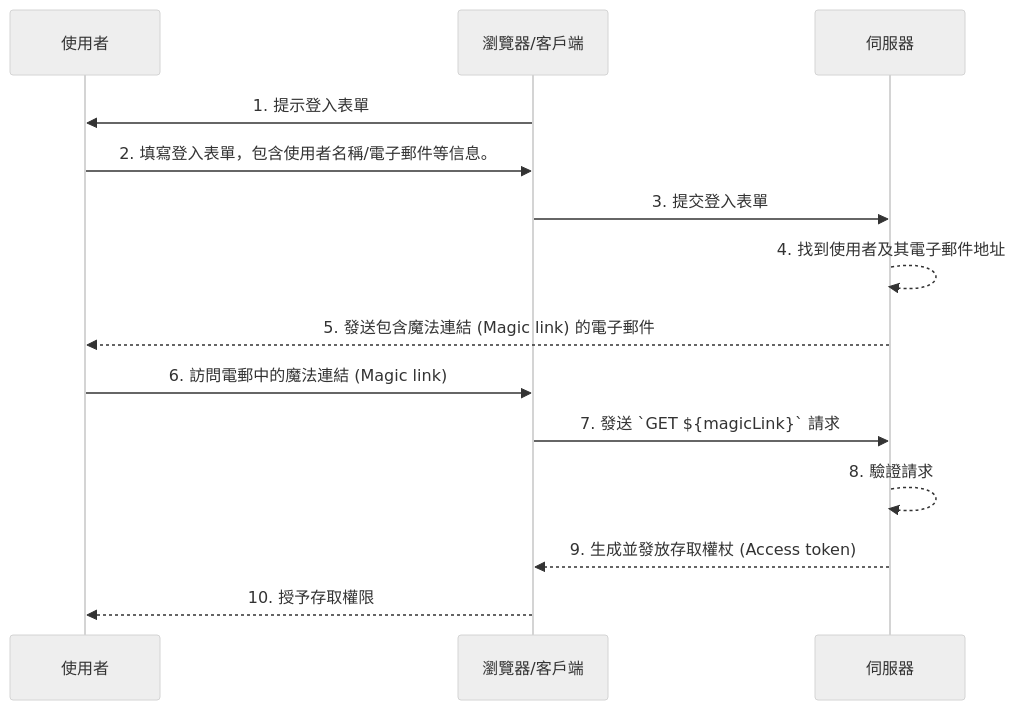
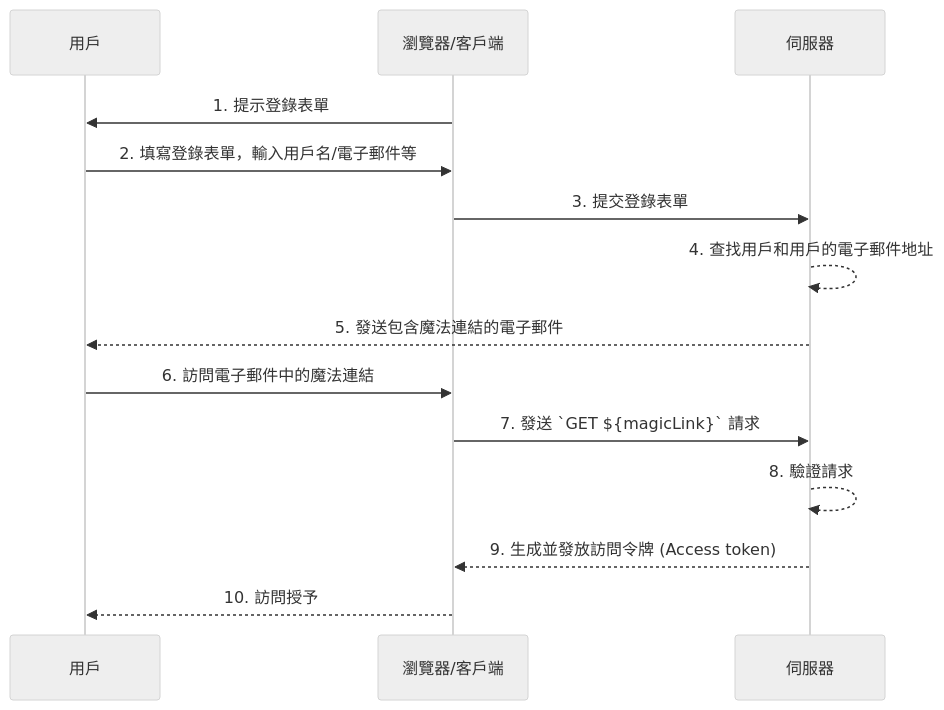
Before and after one commit to logto-io/auth-wiki: the diagram in src/content/terms/zh-Hant/magic-link.mdx, drawn with Mermaid (neutral theme). The commit also changed other lines of this file and 98 other files, not shown here.

````diff
--- a/src/content/terms/zh-Hant/magic-link.mdx
+++ b/src/content/terms/zh-Hant/magic-link.mdx
@@ -31,16 +31,16 @@
 ```mermaid
 sequenceDiagram
-    participant U as 使用者
+    participant U as 用戶
     participant B as 瀏覽器/客戶端
     participant S as 伺服器
-    B->>U: 1. 提示登入表單
-    U->>B: 2. 填寫登入表單，包含使用者名稱/電子郵件等信息。
-    B->>S: 3. 提交登入表單
-    S-->>S: 4. 找到使用者及其電子郵件地址
-    S-->>U: 5. 發送包含魔法連結 (Magic link) 的電子郵件
-    U->>B: 6. 訪問電郵中的魔法連結 (Magic link)
+    B->>U: 1. 提示登錄表單
+    U->>B: 2. 填寫登錄表單，輸入用戶名/電子郵件等
+    B->>S: 3. 提交登錄表單
+    S-->>S: 4. 查找用戶和用戶的電子郵件地址
+    S-->>U: 5. 發送包含魔法連結的電子郵件
+    U->>B: 6. 訪問電子郵件中的魔法連結
     B->>S: 7. 發送 `GET ${magicLink}` 請求
     S-->>S: 8. 驗證請求
-    S-->>B: 9. 生成並發放存取權杖 (Access token)
-    B-->>U: 10. 授予存取權限
+    S-->>B: 9. 生成並發放訪問令牌 (Access token)
+    B-->>U: 10. 訪問授予
 ```
````
